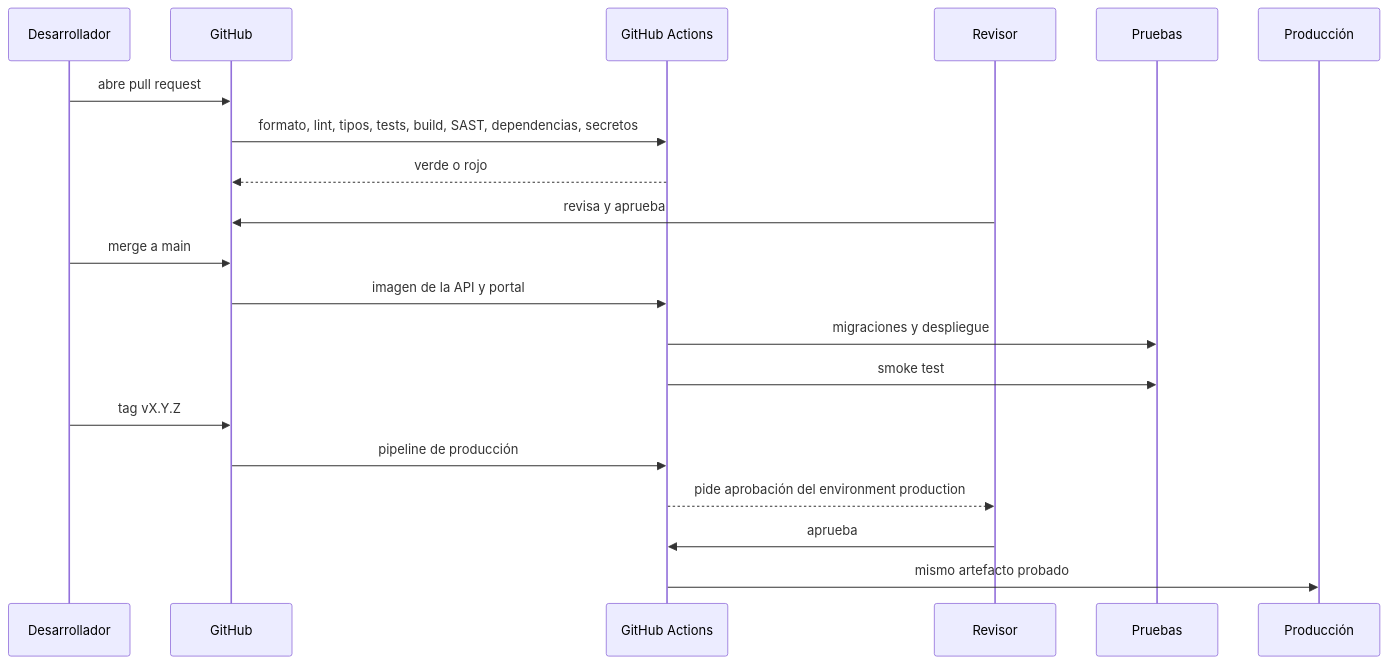
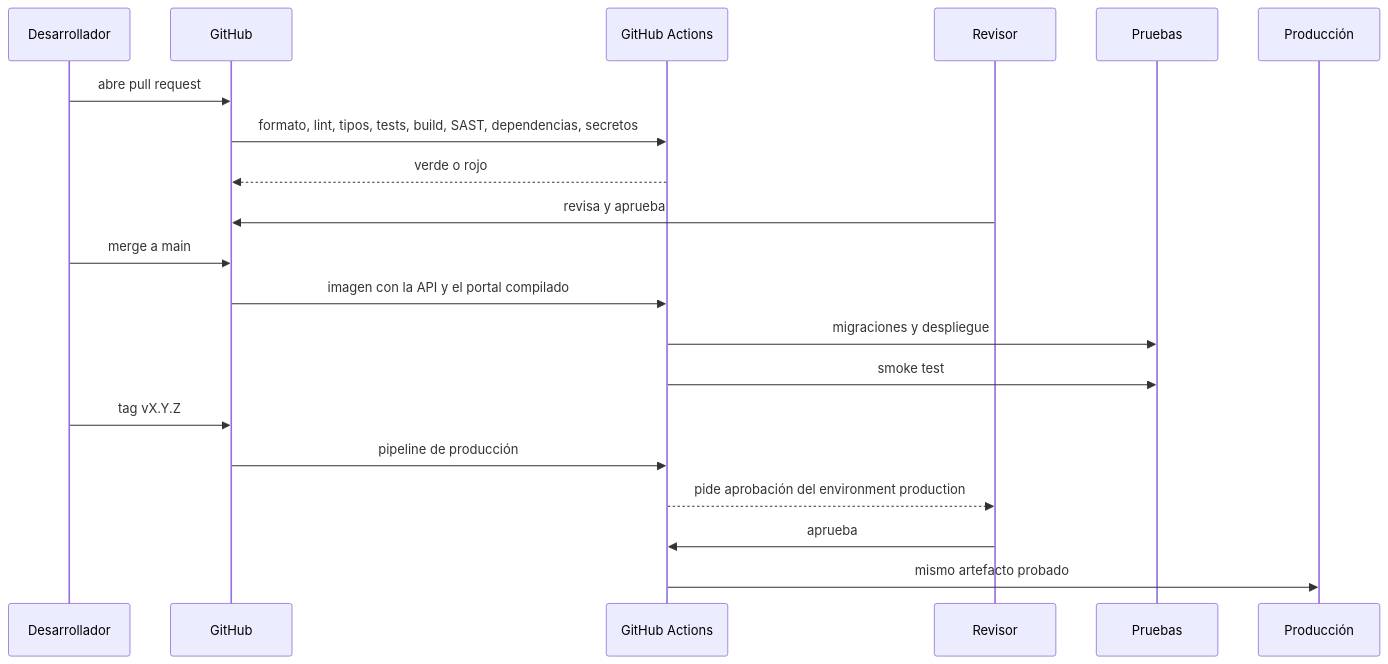
One commit to aleharo2003/floky-cuadernos changed the diagram in docs/diagramas/fuentes/TEC-02.mmd. Above: the diagram before and after it, drawn with Mermaid. The commit also changed 23 other files, not shown here.

```diff
--- a/docs/diagramas/fuentes/TEC-02.mmd
+++ b/docs/diagramas/fuentes/TEC-02.mmd
@@ -1,20 +1,20 @@
 sequenceDiagram
     participant Dev as Desarrollador
     participant GH as GitHub
     participant CI as GitHub Actions
     participant Rev as Revisor
     participant Pru as Pruebas
     participant Prod as Producción
     Dev->>GH: abre pull request
     GH->>CI: formato, lint, tipos, tests, build, SAST, dependencias, secretos
     CI-->>GH: verde o rojo
     Rev->>GH: revisa y aprueba
     Dev->>GH: merge a main
-    GH->>CI: imagen de la API y portal
+    GH->>CI: imagen con la API y el portal compilado
     CI->>Pru: migraciones y despliegue
     CI->>Pru: smoke test
     Dev->>GH: tag vX.Y.Z
     GH->>CI: pipeline de producción
     CI-->>Rev: pide aprobación del environment production
     Rev->>CI: aprueba
     CI->>Prod: mismo artefacto probado
```
